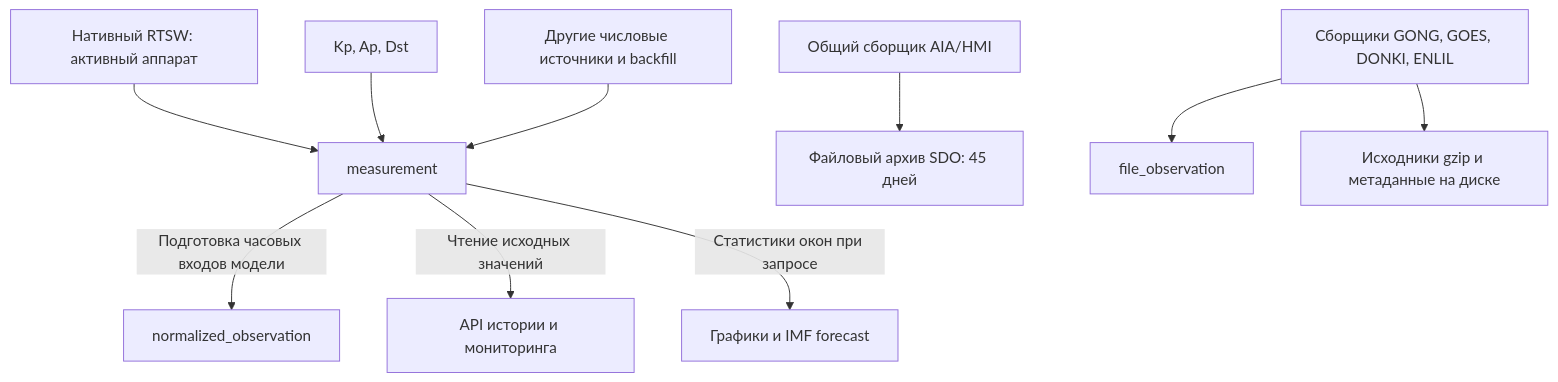
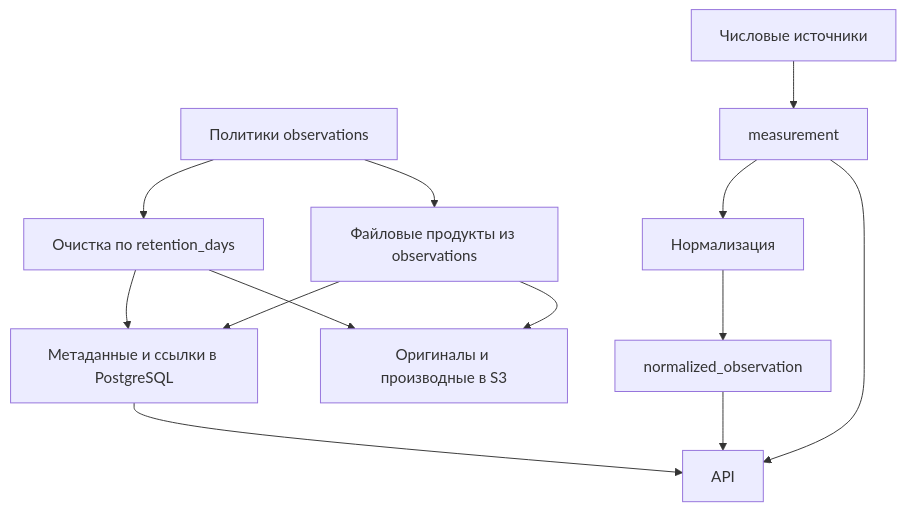
Before and after one commit to a-kryvenko/argus: the diagram in apps/clio/DATA_FLOWS.md, drawn with Mermaid. The commit also changed 116 other files, not shown here.

````diff
--- a/apps/clio/DATA_FLOWS.md
+++ b/apps/clio/DATA_FLOWS.md
@@ -3,12 +3,14 @@
 ```mermaid
 flowchart TD
-    wind[Нативный RTSW: активный аппарат] --> measurement
-    geo[Kp, Ap, Dst] --> measurement
-    collectors[Другие числовые источники и backfill] --> measurement
-    measurement -->|Подготовка часовых входов модели| normalized_observation
-    measurement -->|Чтение исходных значений| api[API истории и мониторинга]
-    measurement -->|Статистики окон при запросе| charts[Графики и IMF forecast]
-    sdo[Общий сборщик AIA/HMI] --> archive[Файловый архив SDO: 45 дней]
-    files[Сборщики GONG, GOES, DONKI, ENLIL] --> file_observation
-    files --> originals[Исходники gzip и метаданные на диске]
+    providers[Числовые источники] --> measurement
+    measurement --> normalize[Нормализация] --> normalized_observation
+    measurement --> api[API]
+    normalized_observation --> api
+    files[Файловые продукты из observations] --> s3[Оригиналы и производные в S3]
+    files --> metadata[Метаданные и ссылки в PostgreSQL]
+    metadata --> api
+    policies[Политики observations] --> files
+    policies --> cleanup[Очистка по retention_days]
+    cleanup --> metadata
+    cleanup --> s3
 ```
````
